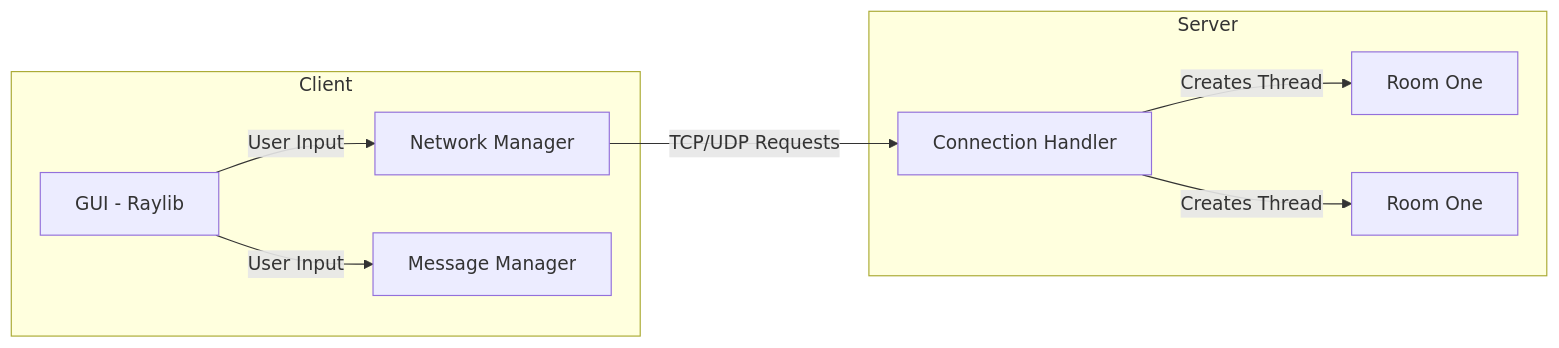
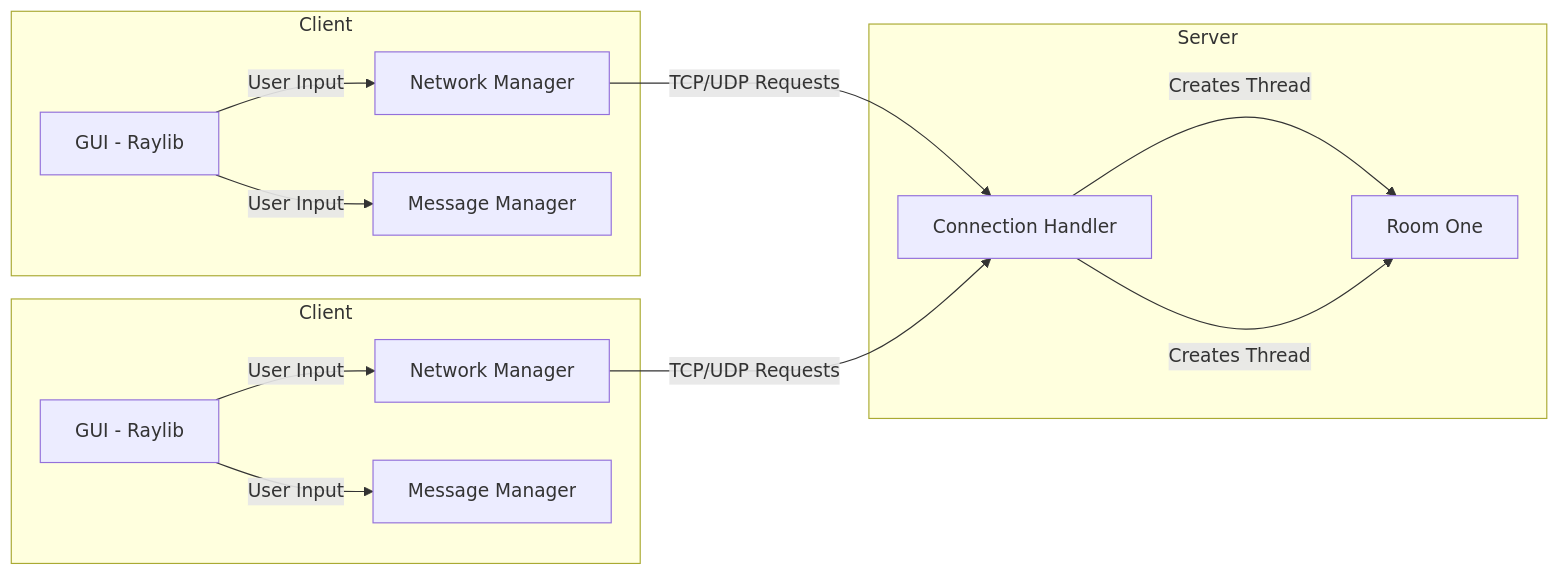
The diagram in README.md (Nathancecixx/OpenMind), drawn with Mermaid before and after one commit.

````diff
--- a/README.md
+++ b/README.md
@@ -36,21 +36,30 @@
 ```mermaid
 flowchart LR
     subgraph Client ["Client"]
         GUI["GUI - Raylib"]
         NM["Network Manager"]
         MM["Message Manager"]
     end
 
     subgraph Server ["Server"]
         API["Connection Handler"]
         RM1["Room One"]
-        RM2["Room One"]
+    end
+
+    subgraph Client2 ["Client"]
+        GUI2["GUI - Raylib"]
+        NM2["Network Manager"]
+        MM2["Message Manager"]
     end
 
     GUI -->|User Input| NM
     GUI -->|User Input| MM
     NM -->|TCP/UDP Requests| API
     API -->|Creates Thread| RM1
-    API -->|Creates Thread| RM2
+
+    GUI2 -->|User Input| NM2
+    GUI2 -->|User Input| MM2
+    NM2 -->|TCP/UDP Requests| API
+    API -->|Creates Thread| RM1
 
 ```
````
